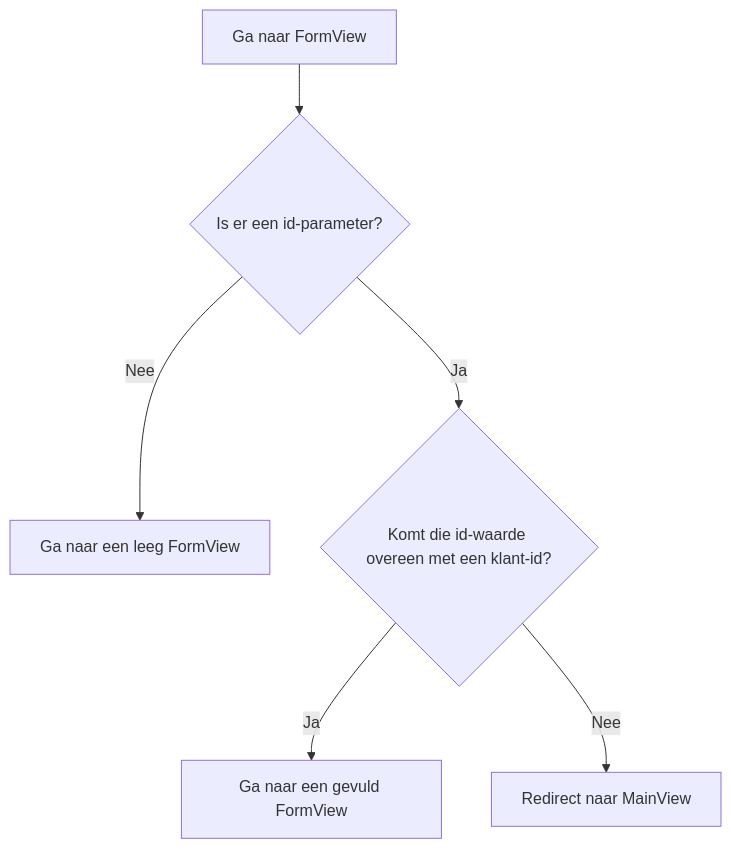
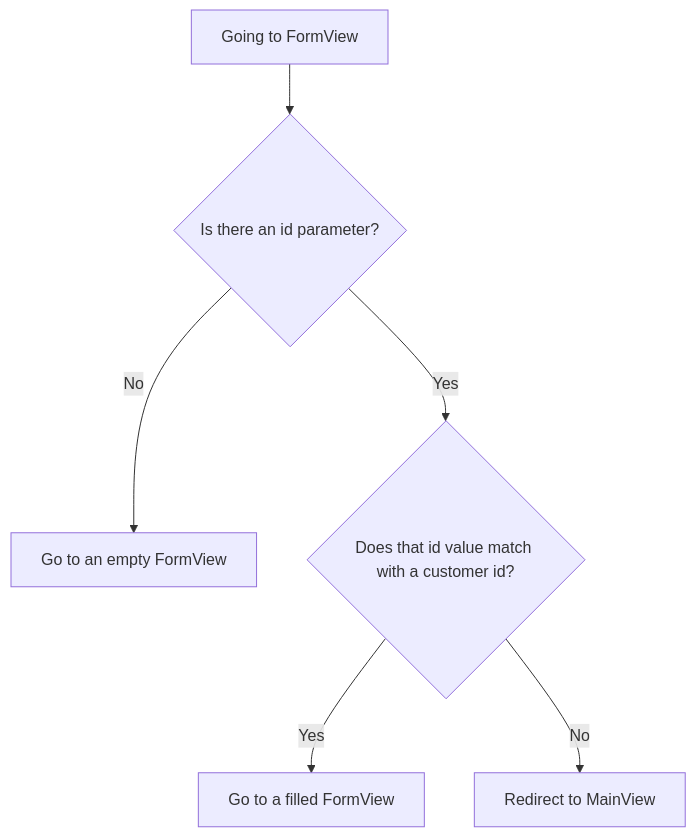
Before and after one commit to webforj/webforj-documentation: the diagram in docs/i18n/nl/docusaurus-plugin-content-docs/current/introduction/tutorial/observers-and-route-parameters.md, drawn with Mermaid. The commit also changed other lines of this file and 120 other files, not shown here.

````diff
--- a/docs/i18n/nl/docusaurus-plugin-content-docs/current/introduction/tutorial/observers-and-route-parameters.md
+++ b/docs/i18n/nl/docusaurus-plugin-content-docs/current/introduction/tutorial/observers-and-route-parameters.md
@@ -72,8 +77,8 @@
 ```mermaid
 flowchart TD
-    A[Ga naar FormView] --> B{Is er een id-parameter?}
-    B -->|Nee| C[Ga naar een leeg FormView]
-    B -->|Ja| D{Komt die id-waarde overeen met een klant-id?}
-    D -->|Ja| E[Ga naar een gevuld FormView]
-    D -->|Nee| F[Redirect naar MainView]
+    A[Going to FormView] --> B{Is there an id parameter?}
+    B -->|No| C[Go to an empty FormView]
+    B -->|Yes| D{Does that id value match with a customer id?}
+    D -->|Yes| E[Go to a filled FormView]
+    D -->|No| F[Redirect to MainView]
 ```
````
